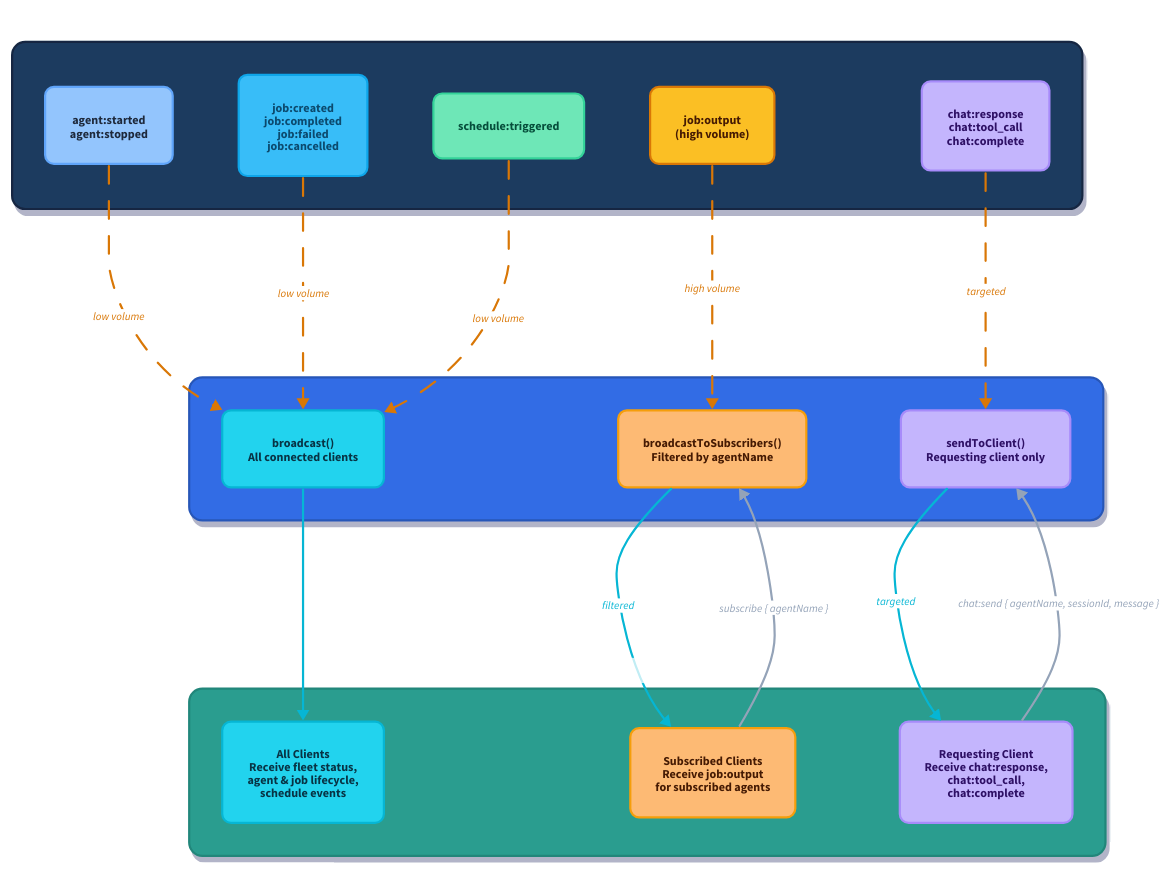
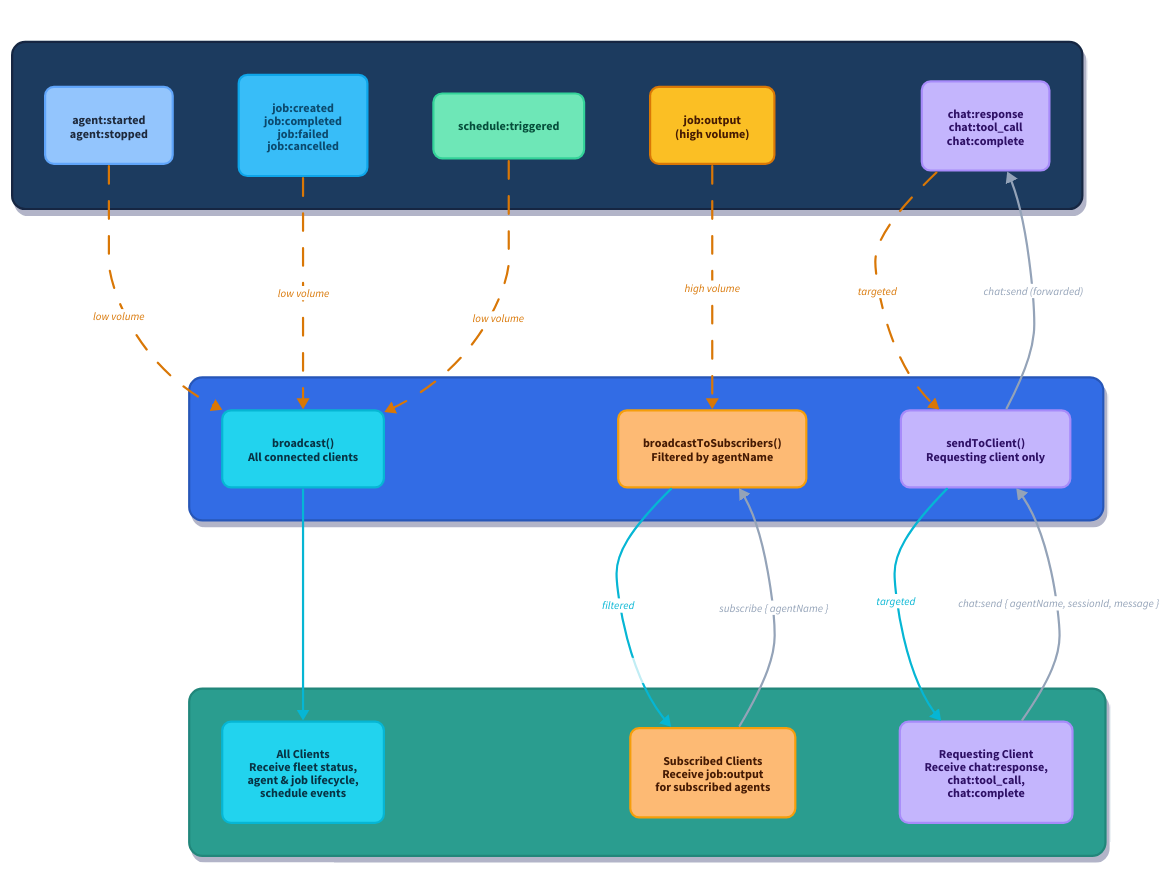
One commit to oheckmann74/herdctl changed the diagram in docs/d2/websocket-event-relay.d2. Above: the diagram before and after it, drawn with D2. The commit also changed 1 other file, not shown here.

Commit message:
fix(docs): add chat:send forwarding path in websocket event relay diagram
Adds the missing bridge.requesting → fm.chat-events edge showing how
chat:send messages are forwarded from FleetBridge to FleetManager,
completing the bidirectional chat flow.

```diff
--- a/docs/d2/websocket-event-relay.d2
+++ b/docs/d2/websocket-event-relay.d2
@@ -247,3 +247,13 @@
   style.font-size: 10
   style.italic: true
 }
+
+# --- Upward connection: FleetBridge -> FleetManager (forwarded chat request) ---
+
+bridge.requesting -> fm.chat-events: "chat:send (forwarded)" {
+  style.stroke: "#94a3b8"
+  style.stroke-width: 2
+  style.font-color: "#94a3b8"
+  style.font-size: 10
+  style.italic: true
+}
```
